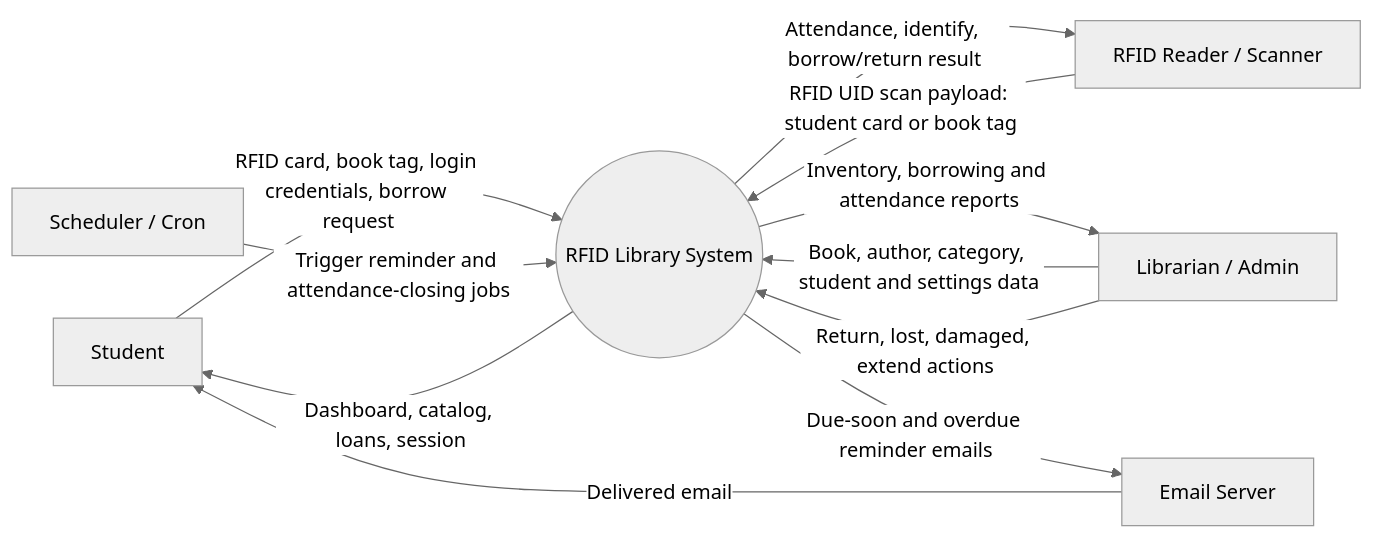
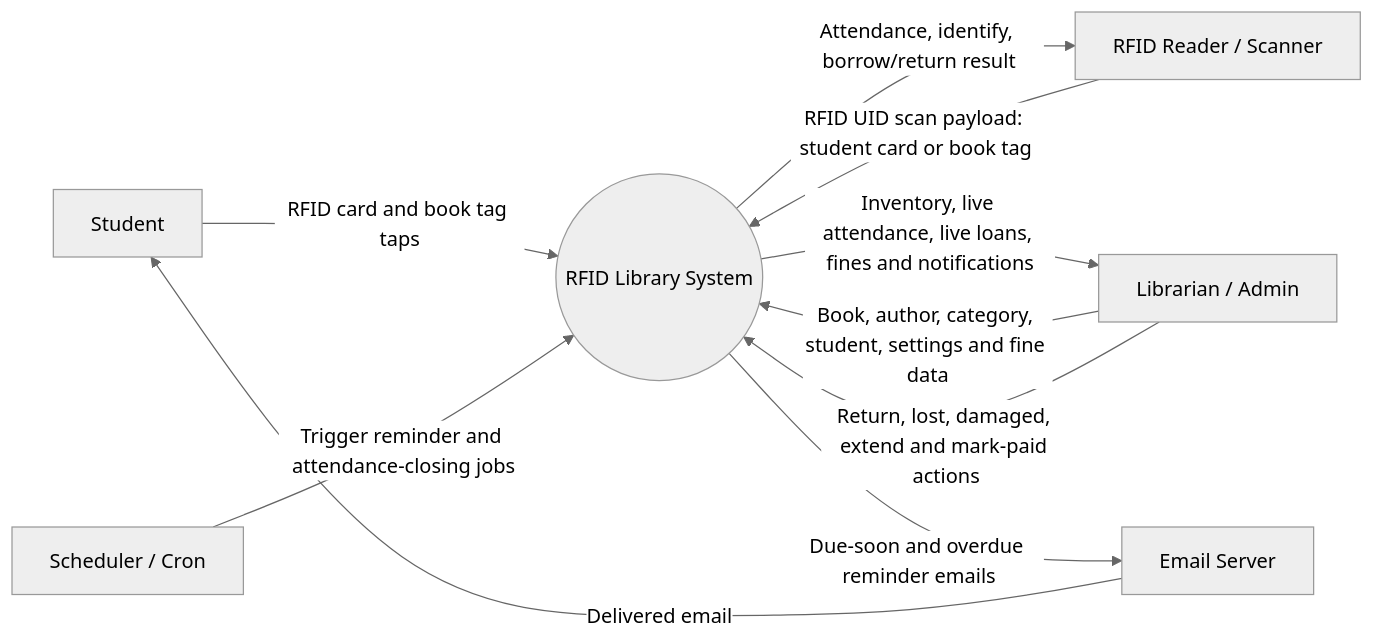
Before and after one commit to martinyano/rfid-library-scanner: the first of 2 diagrams in docs/dfd.md, drawn with Mermaid (neutral theme). The commit also changed other lines of this file and 68 other files, not shown here.

````diff
--- a/docs/dfd.md
+++ b/docs/dfd.md
@@ -22,25 +22,24 @@
 ```mermaid
 flowchart LR
     S[Student]
     A[Librarian / Admin]
     R[RFID Reader / Scanner]
     E[Email Server]
     C[Scheduler / Cron]
 
     SYS((RFID Library System))
 
     R -->|RFID UID scan payload: student card or book tag| SYS
     SYS -->|Attendance, identify, borrow/return result| R
 
-    S -->|RFID card, book tag, login credentials, borrow request| SYS
-    SYS -->|Dashboard, catalog, loans, session| S
+    S -->|RFID card and book tag taps| SYS
 
-    A -->|Book, author, category, student and settings data| SYS
-    A -->|Return, lost, damaged, extend actions| SYS
-    SYS -->|Inventory, borrowing and attendance reports| A
+    A -->|Book, author, category, student, settings and fine data| SYS
+    A -->|Return, lost, damaged, extend and mark-paid actions| SYS
+    SYS -->|Inventory, live attendance, live loans, fines and notifications| A
 
     SYS -->|Due-soon and overdue reminder emails| E
     E -->|Delivered email| S
 
     C -->|Trigger reminder and attendance-closing jobs| SYS
 ```
````
